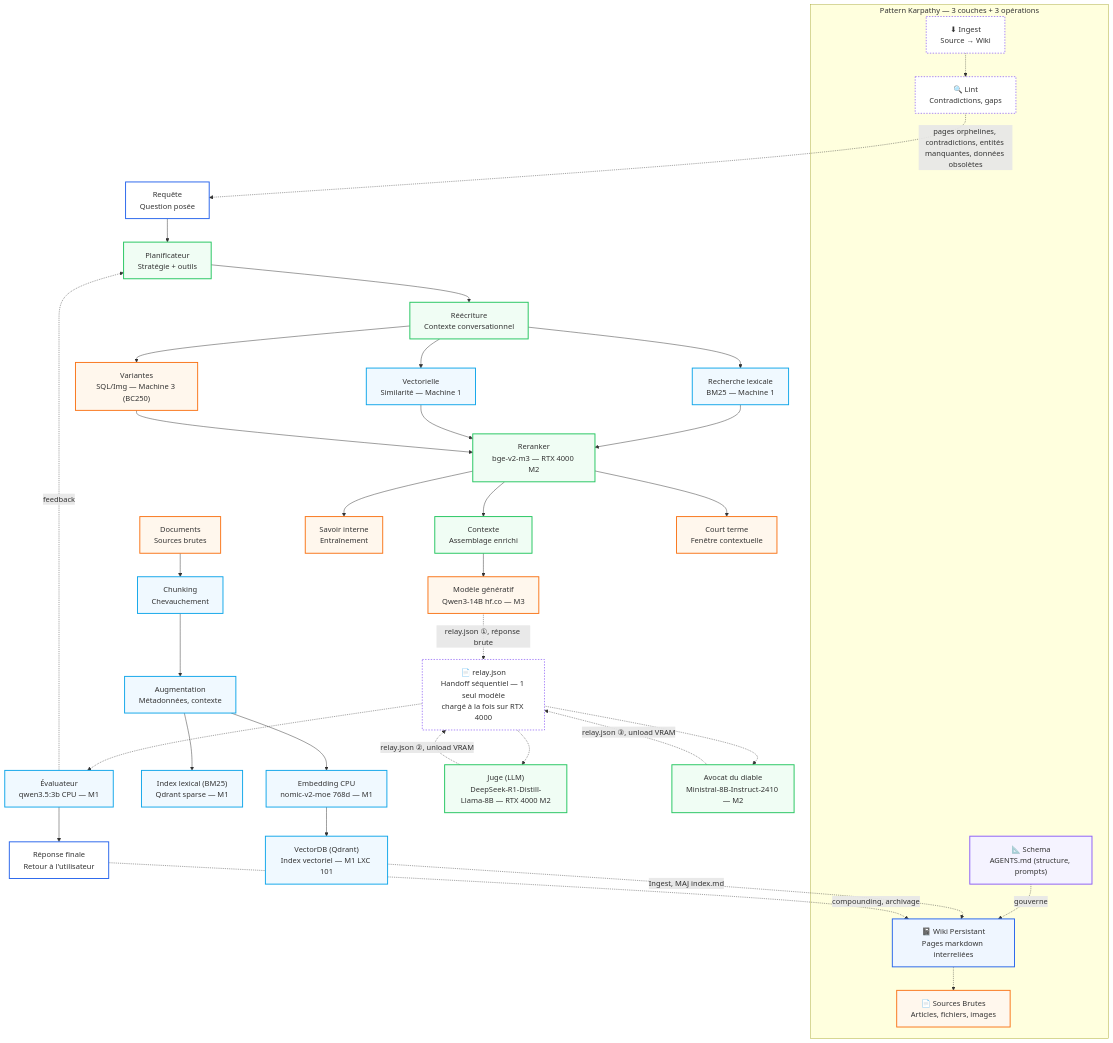
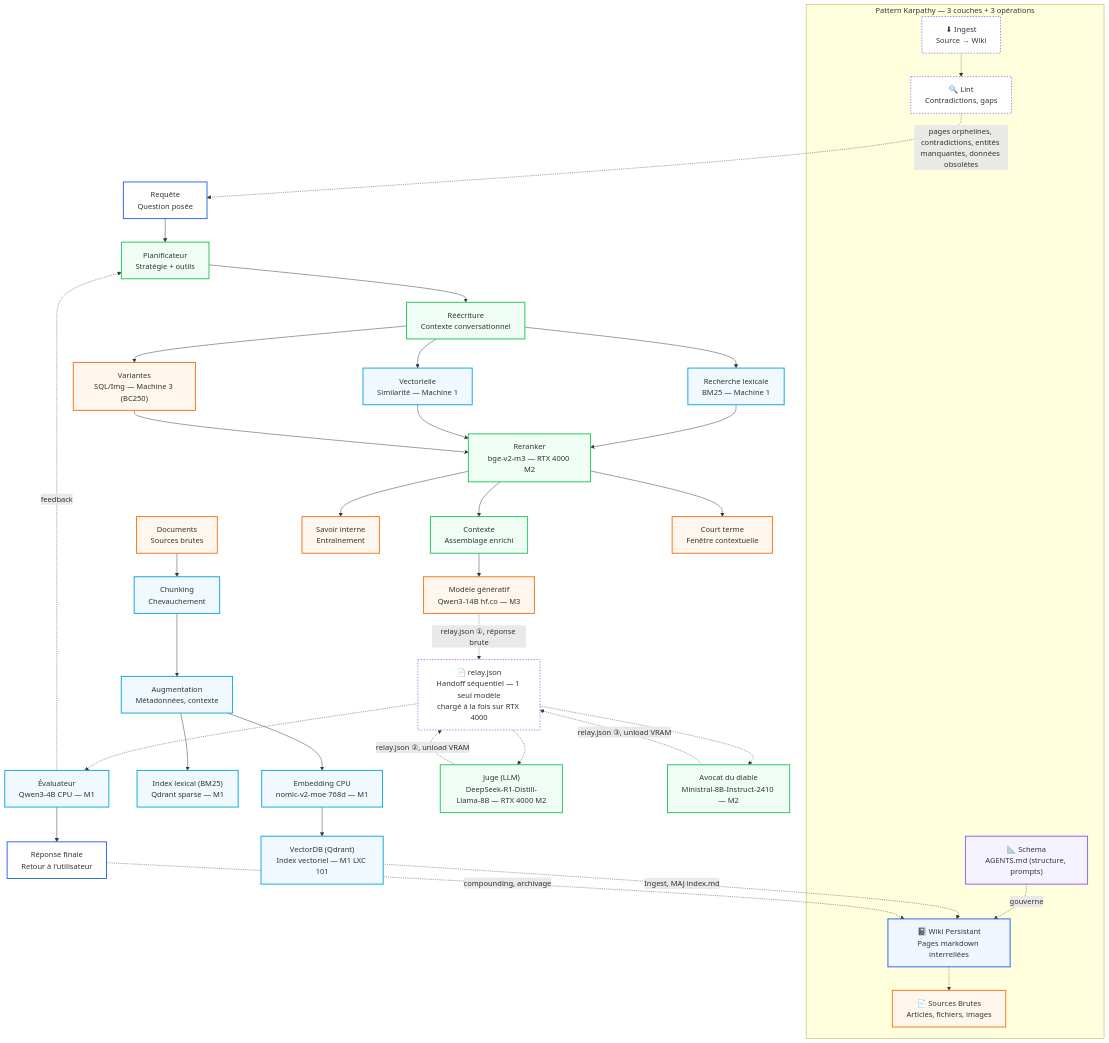
The first of 2 diagrams in docs/architecture.md (chelmooz/rag-multi-agent-cluster), drawn with Mermaid before and after one commit. The commit also changed other lines of this file and 12 other files, not shown here.

Commit message:
C4.2: extension HF à tous les modèles — settings.py, .env, Mermaid, backlog, BRIEF §8, ROADMAP

````diff
--- a/docs/architecture.md
+++ b/docs/architecture.md
@@ -7,73 +7,73 @@
 ```mermaid
 flowchart TB
     classDef schema fill:#f5f3ff,stroke:#8b5cf6,stroke-width:2px
     classDef wiki fill:#eff6ff,stroke:#2563eb,stroke-width:2px
     classDef src fill:#fff7ed,stroke:#f97316,stroke-width:2px
     classDef m1 fill:#f0f9ff,stroke:#0ea5e9,stroke-width:2px
     classDef m2 fill:#f0fdf4,stroke:#22c55e,stroke-width:2px
     classDef m3 fill:#fff7ed,stroke:#f97316,stroke-width:2px
     classDef op fill:#ffffff,stroke:#8b5cf6,stroke-width:1.5px,stroke-dasharray: 3 3
     classDef final fill:#ffffff,stroke:#2563eb,stroke-width:2px
 
     subgraph Karpathy["Pattern Karpathy — 3 couches + 3 opérations"]
         Schema["📐 Schema<br/>AGENTS.md (structure, prompts)"]:::schema
         WikiPersist["📓 Wiki Persistant<br/>Pages markdown interreliées"]:::wiki
         Sources["📄 Sources Brutes<br/>Articles, fichiers, images"]:::src
         Ingest["⬇ Ingest<br/>Source → Wiki"]:::op
         Lint["🔍 Lint<br/>Contradictions, gaps"]:::op
     end
 
     Documents["Documents<br/>Sources brutes"]:::src
     Chunking["Chunking<br/>Chevauchement"]:::m1
     Augment["Augmentation<br/>Métadonnées, contexte"]:::m1
     BM25["Index lexical (BM25)<br/>Qdrant sparse — M1"]:::m1
     EmbedCPU["Embedding CPU<br/>nomic-v2-moe 768d — M1"]:::m1
     VectorDB["VectorDB (Qdrant)<br/>Index vectoriel — M1 LXC 101"]:::m1
 
     Requete["Requête<br/>Question posée"]:::final
     Planif["Planificateur<br/>Stratégie + outils"]:::m2
     Rewrite["Réécriture<br/>Contexte conversationnel"]:::m2
     RechLex["Recherche lexicale<br/>BM25 — Machine 1"]:::m1
     RechVec["Vectorielle<br/>Similarité — Machine 1"]:::m1
     Variantes["Variantes<br/>SQL/Img — Machine 3 (BC250)"]:::m3
     Rerank["Reranker<br/>bge-v2-m3 — RTX 4000 M2"]:::m2
     SavoirInterne["Savoir interne<br/>Entraînement"]:::src
     Contexte["Contexte<br/>Assemblage enrichi"]:::m2
     CourtTerme["Court terme<br/>Fenêtre contextuelle"]:::src
     ModeleGen["Modèle génératif<br/>Qwen3-14B hf.co — M3"]:::m3
     JugeLLM["Juge (LLM)<br/>DeepSeek-R1-Distill-Llama-8B — RTX 4000 M2"]:::m2
     Avocat["Avocat du diable<br/>Ministral-8B-Instruct-2410 — M2"]:::m2
-    Evaluateur["Évaluateur<br/>qwen3.5:3b CPU — M1"]:::m1
+    Evaluateur["Évaluateur<br/>Qwen3-4B CPU — M1"]:::m1
     Relay["📄 relay.json<br/>Handoff séquentiel — 1 seul modèle<br/>chargé à la fois sur RTX 4000"]:::op
     ReponseFinale["Réponse finale<br/>Retour à l'utilisateur"]:::final
 
     Schema -.->|gouverne| WikiPersist -.-> Sources
     Ingest -.-> Lint
 
     Documents --> Chunking --> Augment
     Augment --> BM25
     Augment --> EmbedCPU --> VectorDB
     VectorDB -.->|Ingest, MAJ index.md| WikiPersist
 
     Requete --> Planif --> Rewrite
     Rewrite --> RechLex
     Rewrite --> RechVec
     Rewrite --> Variantes
     RechLex --> Rerank
     RechVec --> Rerank
     Variantes --> Rerank
     Rerank --> SavoirInterne
     Rerank --> Contexte
     Rerank --> CourtTerme
     Contexte --> ModeleGen
     ModeleGen -.->|relay.json ①, réponse brute| Relay
     Relay -.-> JugeLLM
     JugeLLM -.->|relay.json ②, unload VRAM| Relay
     Relay -.-> Avocat
     Avocat -.->|relay.json ③, unload VRAM| Relay
     Relay -.-> Evaluateur
     Evaluateur --> ReponseFinale
     Evaluateur -.->|feedback| Planif
     ReponseFinale -.->|compounding, archivage| WikiPersist
     Lint -.->|pages orphelines, contradictions, entités manquantes, données obsolètes| Requete
 ```
````
